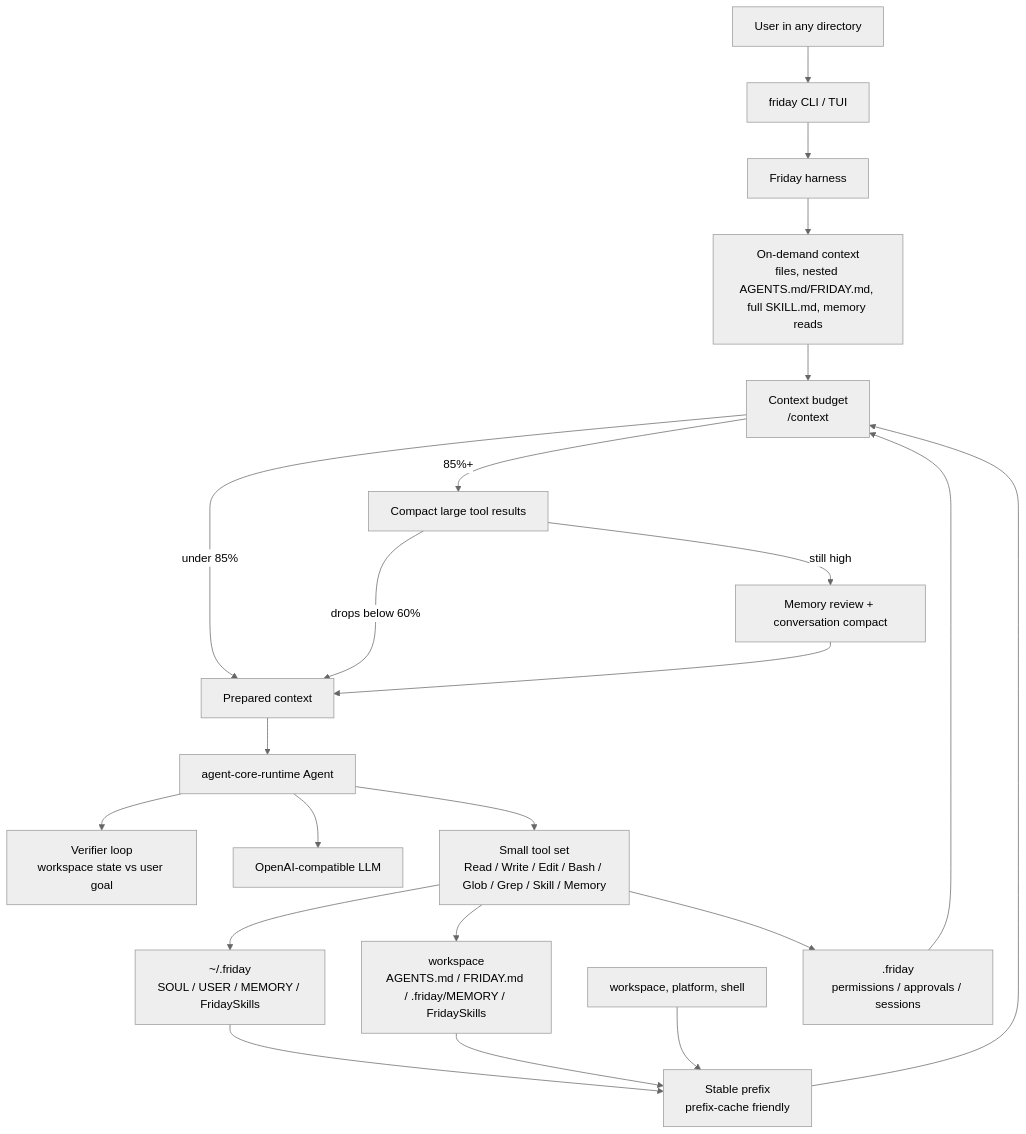
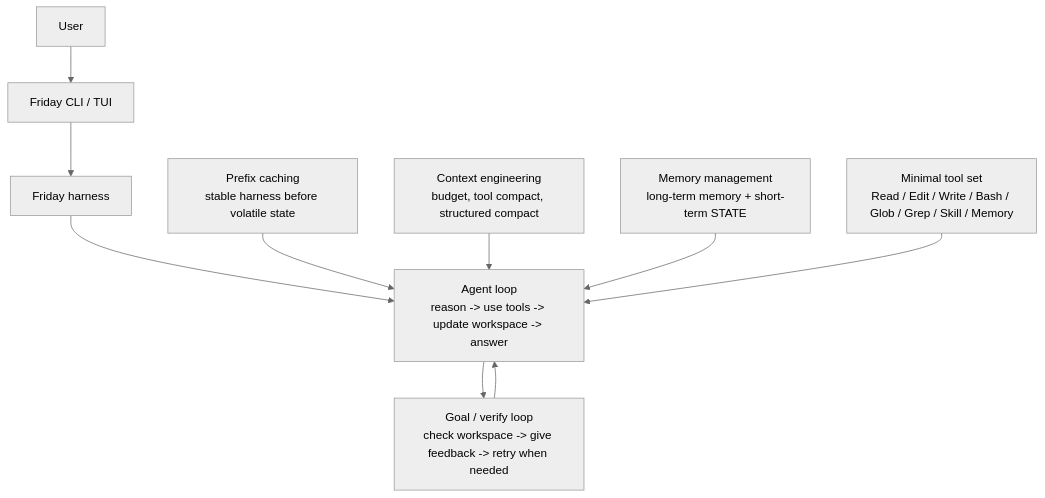
Before and after one commit to Lancetwang/friday: the diagram in README.md, drawn with Mermaid (neutral theme). The commit also changed other lines of this file and 4 other files, not shown here.

Commit message:
Add short-term state compaction

````diff
--- a/README.md
+++ b/README.md
@@ -31,28 +28,14 @@
 ```mermaid
 flowchart TD
-    User["User in any directory"] --> CLI["friday CLI / TUI"]
-    CLI --> Harness["Friday harness"]
+    User["User"] --> Friday["Friday CLI / TUI"]
+    Friday --> Harness["Friday harness"]
 
-    Home["~/.friday<br/>SOUL / USER / MEMORY / FridaySkills"] --> Prefix["Stable prefix<br/>prefix-cache friendly"]
-    Project["workspace<br/>AGENTS.md / FRIDAY.md / .friday/MEMORY / FridaySkills"] --> Prefix
-    Env["workspace, platform, shell"] --> Prefix
-    Prefix --> Budget["Context budget<br/>/context"]
+    Harness --> AgentLoop["Agent loop<br/>reason -> use tools -> update workspace -> answer"]
+    AgentLoop --> VerifyLoop["Goal / verify loop<br/>check workspace -> give feedback -> retry when needed"]
+    VerifyLoop --> AgentLoop
 
-    Harness --> Routed["On-demand context<br/>files, nested AGENTS.md/FRIDAY.md, full SKILL.md, memory reads"]
-    Routed --> Budget
-    State[".friday<br/>permissions / approvals / sessions"] --> Budget
-
-    Budget -->|"under 85%"| Ready["Prepared context"]
-    Budget -->|"85%+"| ToolCompact["Compact large tool results"]
-    ToolCompact -->|"drops below 60%"| Ready
-    ToolCompact -->|"still high"| LLMCompact["Memory review + conversation compact"]
-    LLMCompact --> Ready
-
-    Ready --> Runtime["agent-core-runtime Agent"]
-    Runtime --> Verify["Verifier loop<br/>workspace state vs user goal"]
-    Runtime --> LLM["OpenAI-compatible LLM"]
-    Runtime --> Tools["Small tool set<br/>Read / Write / Edit / Bash / Glob / Grep / Skill / Memory"]
-    Tools --> State
-    Tools --> Home
-    Tools --> Project
+    Prefix["Prefix caching<br/>stable harness before volatile state"] --> AgentLoop
+    Context["Context engineering<br/>budget, tool compact, structured compact"] --> AgentLoop
+    Memory["Memory management<br/>long-term memory + short-term STATE"] --> AgentLoop
+    Tools["Minimal tool set<br/>Read / Edit / Write / Bash / Glob / Grep / Skill / Memory"] --> AgentLoop
 ```
````
